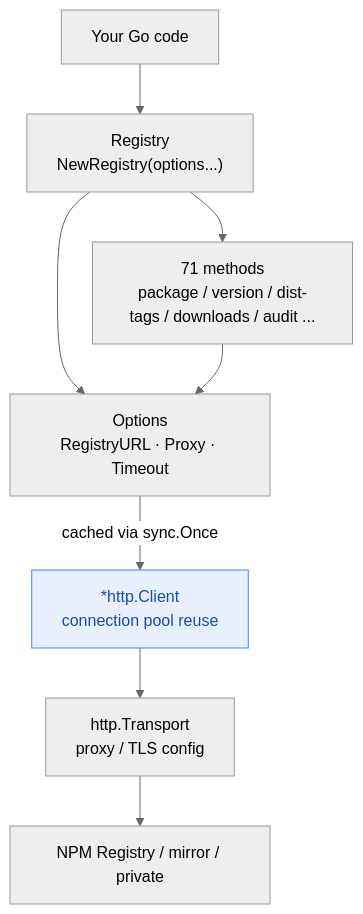
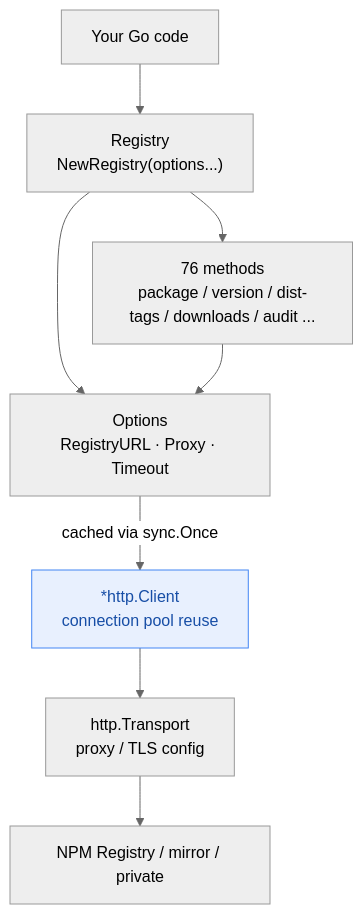
The first of 3 diagrams in website/en/api/registry.md (scagogogo/npm-skills), drawn with Mermaid (neutral theme) before and after one commit. The commit also changed 6 other files, not shown here.

````diff
--- a/website/en/api/registry.md
+++ b/website/en/api/registry.md
@@ -9,14 +9,14 @@
 ```mermaid
 flowchart TB
     App["Your Go code"] --> Reg["Registry<br/>NewRegistry(options...)"]
     Reg --> Opt["Options<br/>RegistryURL · Proxy · Timeout"]
     Opt -->|"cached via sync.Once"| HC["*http.Client<br/>connection pool reuse"]
     HC --> TR["http.Transport<br/>proxy / TLS config"]
     TR --> Net["NPM Registry / mirror / private"]
 
-    Reg --> Methods["71 methods<br/>package / version / dist-tags / downloads / audit ..."]
+    Reg --> Methods["76 methods<br/>package / version / dist-tags / downloads / audit ..."]
     Methods --> Opt
 
     classDef cache fill:#e8f0fe,stroke:#4285f4,color:#174ea6;
     class HC cache;
 ```
````
